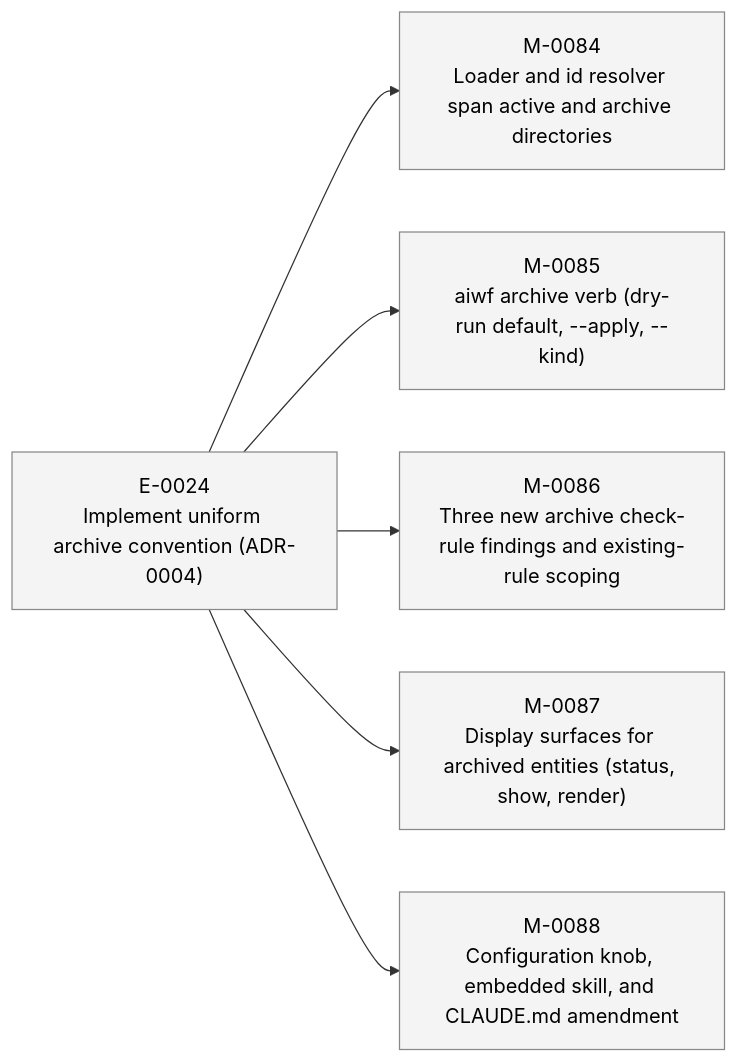
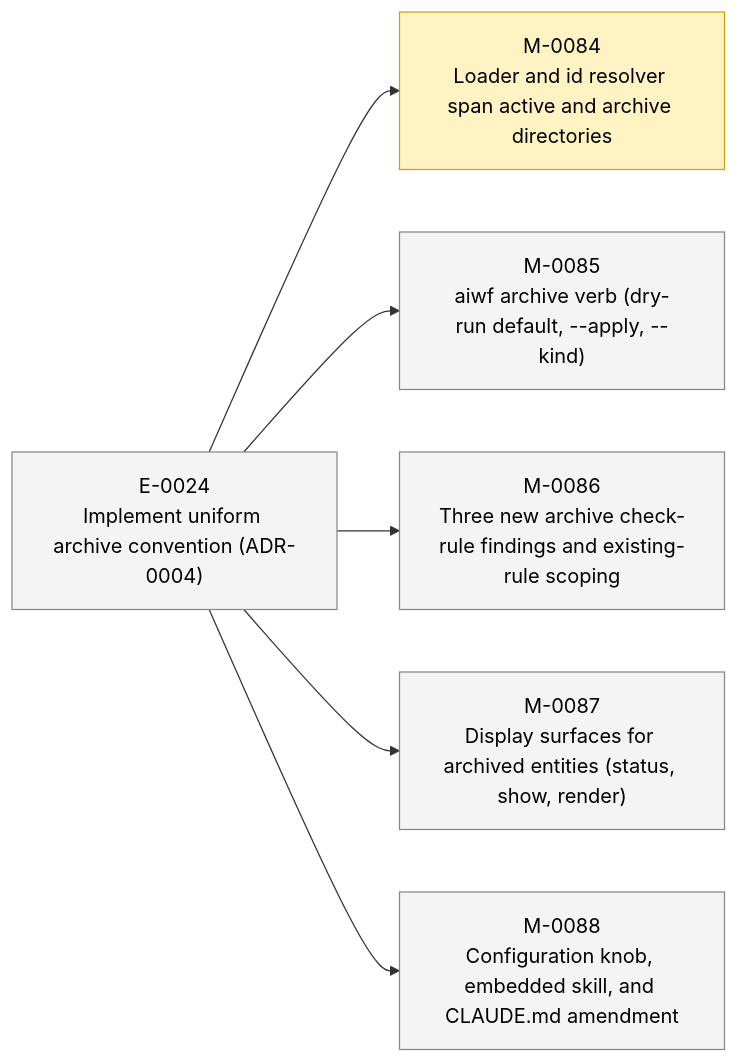
The second of 2 diagrams in STATUS.md (23min/aiwf), drawn with Mermaid before and after one commit. The commit also changed other lines of this file and 1 other file, not shown here.

First line of the commit message:
aiwf promote M-0084 draft -> in_progress

````diff
--- a/STATUS.md
+++ b/STATUS.md
@@ -49,20 +49,20 @@
 ```mermaid
 flowchart LR
   E_0024["E-0024<br/>Implement uniform archive convention (ADR-0004)"]:::epic_proposed
-  M_0084["M-0084<br/>Loader and id resolver span active and archive directories"]:::ms_draft
+  M_0084["M-0084<br/>Loader and id resolver span active and archive directories"]:::ms_in_progress
   E_0024 --> M_0084
   M_0085["M-0085<br/>aiwf archive verb (dry-run default, --apply, --kind)"]:::ms_draft
   E_0024 --> M_0085
   M_0086["M-0086<br/>Three new archive check-rule findings and existing-rule scoping"]:::ms_draft
   E_0024 --> M_0086
   M_0087["M-0087<br/>Display surfaces for archived entities (status, show, render)"]:::ms_draft
   E_0024 --> M_0087
   M_0088["M-0088<br/>Configuration knob, embedded skill, and CLAUDE.md amendment"]:::ms_draft
   E_0024 --> M_0088
   classDef epic_active fill:#d6eaff,stroke:#1a73e8,color:#000
   classDef epic_proposed fill:#f4f4f4,stroke:#888,color:#000
   classDef ms_done fill:#d8f5d8,stroke:#2a8a2a,color:#000
   classDef ms_in_progress fill:#fff3c4,stroke:#caa400,color:#000
   classDef ms_draft fill:#f4f4f4,stroke:#888,color:#000
   classDef ms_cancelled fill:#fbeaea,stroke:#c33,color:#000
 ```
````
